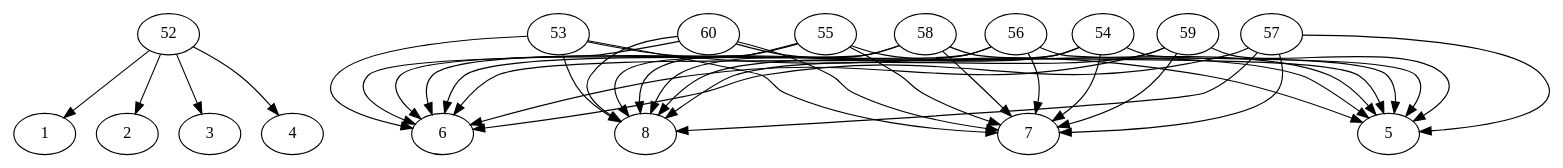
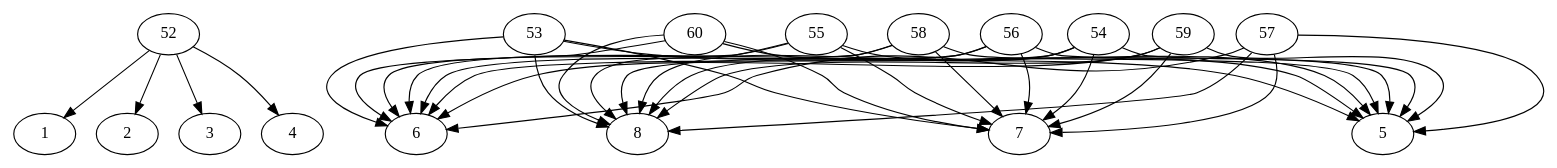
Before and after one commit to JUMPSTONIK/Proyecto---Compiladores: the diagram in AFDwhite.dot, drawn with Graphviz. The commit also changed 23 other files, not shown here.

```diff
--- a/AFDwhite.dot
+++ b/AFDwhite.dot
@@ -1,56 +1,56 @@
 digraph G{
 52 -> 1 [label="
 "]
-52 -> 2 [label=" "]
+52 -> 2 [label="
+"]
 52 -> 3 [label="	"]
-52 -> 4 [label="
-"]
+52 -> 4 [label=" "]
 53 -> 5 [label="
 "]
-53 -> 6 [label=" "]
+53 -> 6 [label="
+"]
 53 -> 7 [label="	"]
-53 -> 8 [label="
-"]
+53 -> 8 [label=" "]
 54 -> 5 [label="
 "]
-54 -> 6 [label=" "]
+54 -> 6 [label="
+"]
 54 -> 7 [label="	"]
-54 -> 8 [label="
-"]
+54 -> 8 [label=" "]
 55 -> 5 [label="
 "]
-55 -> 6 [label=" "]
+55 -> 6 [label="
+"]
 55 -> 7 [label="	"]
-55 -> 8 [label="
-"]
+55 -> 8 [label=" "]
 56 -> 5 [label="
 "]
-56 -> 6 [label=" "]
+56 -> 6 [label="
+"]
 56 -> 7 [label="	"]
-56 -> 8 [label="
-"]
+56 -> 8 [label=" "]
 57 -> 5 [label="
 "]
-57 -> 6 [label=" "]
+57 -> 6 [label="
+"]
 57 -> 7 [label="	"]
-57 -> 8 [label="
-"]
+57 -> 8 [label=" "]
 58 -> 5 [label="
 "]
-58 -> 6 [label=" "]
+58 -> 6 [label="
+"]
 58 -> 7 [label="	"]
-58 -> 8 [label="
-"]
+58 -> 8 [label=" "]
 59 -> 5 [label="
 "]
-59 -> 6 [label=" "]
+59 -> 6 [label="
+"]
 59 -> 7 [label="	"]
-59 -> 8 [label="
-"]
+59 -> 8 [label=" "]
 60 -> 5 [label="
 "]
-60 -> 6 [label=" "]
+60 -> 6 [label="
+"]
 60 -> 7 [label="	"]
-60 -> 8 [label="
-"]
+60 -> 8 [label=" "]
 }
```
